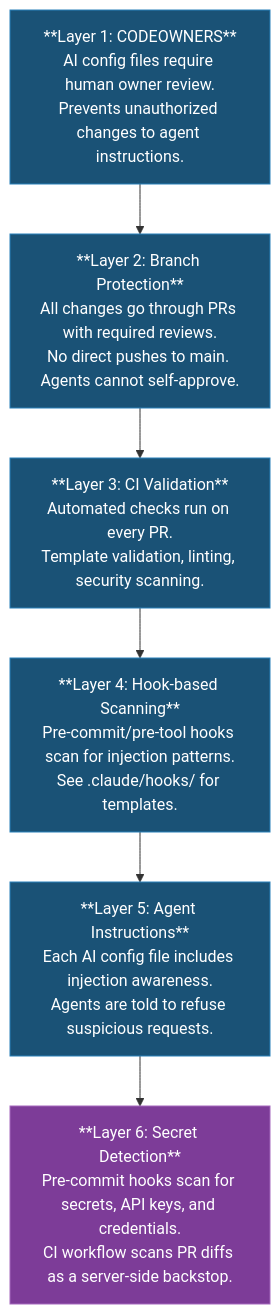
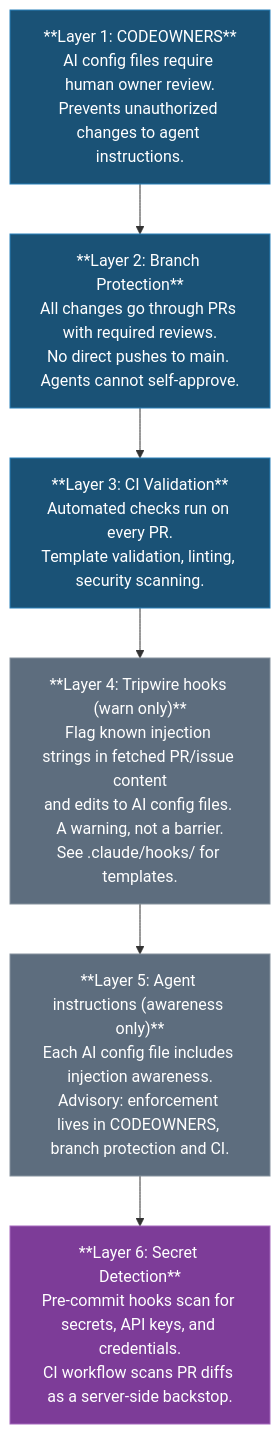
Before and after one commit to vbonk/repo-template: the diagram in docs/AI-SECURITY.md, drawn with Mermaid. The commit also changed other lines of this file and 5 other files, not shown here.

First line of the commit message:
fix(hooks): make the AI-security hook templates work under Claude Code (#180)

````diff
--- a/docs/AI-SECURITY.md
+++ b/docs/AI-SECURITY.md
@@ -47,18 +47,18 @@
 ```mermaid
 graph TD
     L1["**Layer 1: CODEOWNERS**<br/>AI config files require human owner review.<br/>Prevents unauthorized changes to agent instructions."]
     L2["**Layer 2: Branch Protection**<br/>All changes go through PRs with required reviews.<br/>No direct pushes to main. Agents cannot self-approve."]
     L3["**Layer 3: CI Validation**<br/>Automated checks run on every PR.<br/>Template validation, linting, security scanning."]
-    L4["**Layer 4: Hook-based Scanning**<br/>Pre-commit/pre-tool hooks scan for injection patterns.<br/>See .claude/hooks/ for templates."]
-    L5["**Layer 5: Agent Instructions**<br/>Each AI config file includes injection awareness.<br/>Agents are told to refuse suspicious requests."]
+    L4["**Layer 4: Tripwire hooks (warn only)**<br/>Flag known injection strings in fetched PR/issue content<br/>and edits to AI config files. A warning, not a barrier.<br/>See .claude/hooks/ for templates."]
+    L5["**Layer 5: Agent instructions (awareness only)**<br/>Each AI config file includes injection awareness.<br/>Advisory: enforcement lives in CODEOWNERS, branch protection and CI."]
     L6["**Layer 6: Secret Detection**<br/>Pre-commit hooks scan for secrets, API keys, and credentials.<br/>CI workflow scans PR diffs as a server-side backstop."]
 
     L1 --> L2 --> L3 --> L4 --> L5 --> L6
 
     style L1 fill:#1a5276,stroke:#2980b9,color:#fff
     style L2 fill:#1a5276,stroke:#2980b9,color:#fff
     style L3 fill:#1a5276,stroke:#2980b9,color:#fff
-    style L4 fill:#1a5276,stroke:#2980b9,color:#fff
-    style L5 fill:#1a5276,stroke:#2980b9,color:#fff
+    style L4 fill:#5d6d7e,stroke:#85929e,color:#fff
+    style L5 fill:#5d6d7e,stroke:#85929e,color:#fff
     style L6 fill:#7d3c98,stroke:#a569bd,color:#fff
 ```
````
